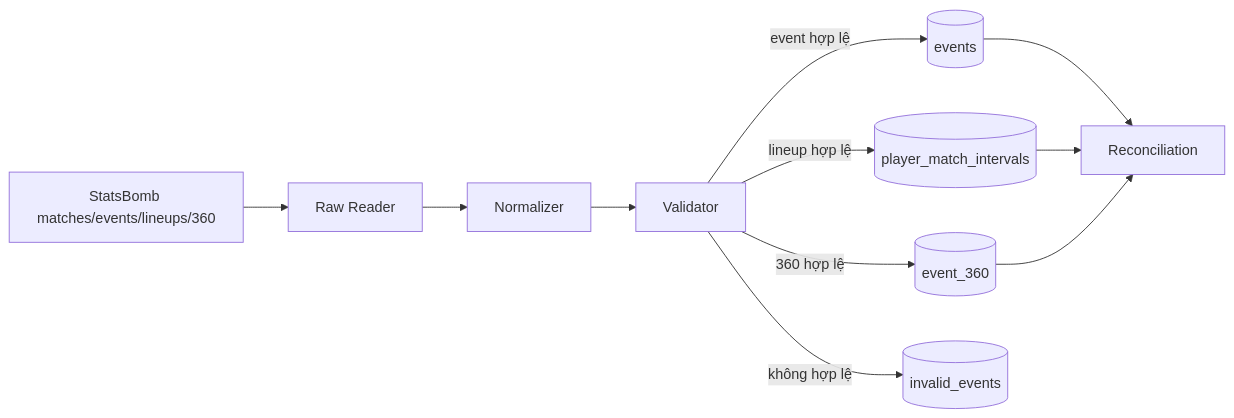
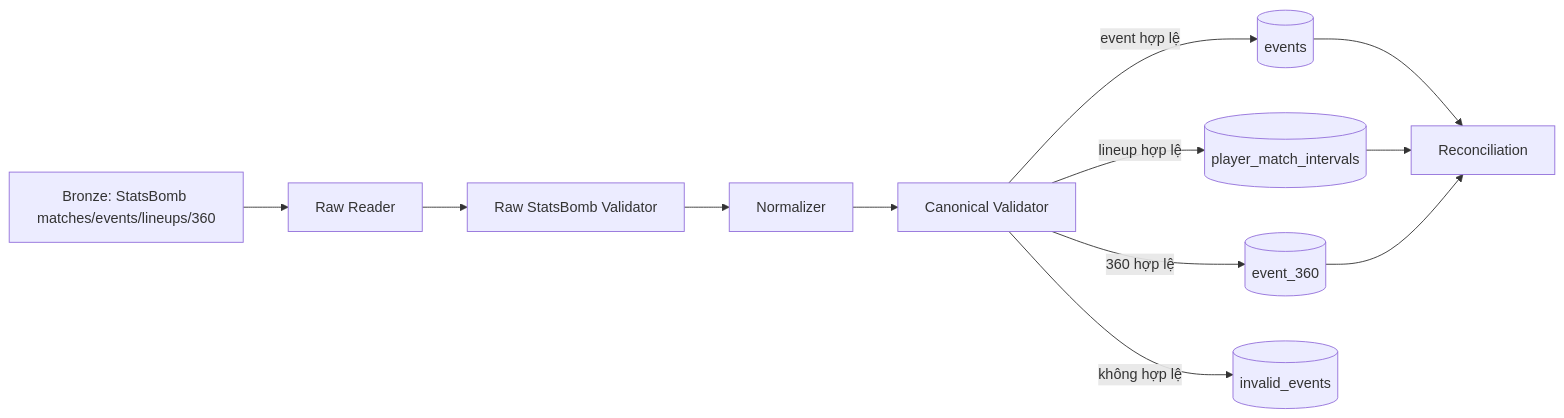
One commit to NguyenTienKhoa2004/Scouting_Player_AI_Assistant changed the diagram in README.md. Above: the diagram before and after it, drawn with Mermaid. The commit also changed other lines of this file and 178 other files, not shown here.

````diff
--- a/README.md
+++ b/README.md
@@ -65,13 +74,14 @@
 ```mermaid
 flowchart LR
-    A[StatsBomb matches/events/lineups/360] --> B[Raw Reader]
-    B --> C[Normalizer]
-    C --> D[Validator]
+    A[Bronze: StatsBomb matches/events/lineups/360] --> B[Raw Reader]
+    B --> R[Raw StatsBomb Validator]
+    R --> C[Normalizer]
+    C --> D[Canonical Validator]
     D -->|event hợp lệ| E[(events)]
     D -->|lineup hợp lệ| H[(player_match_intervals)]
     D -->|360 hợp lệ| I[(event_360)]
     D -->|không hợp lệ| F[(invalid_events)]
     E --> G[Reconciliation]
     H --> G
     I --> G
 ```
````
